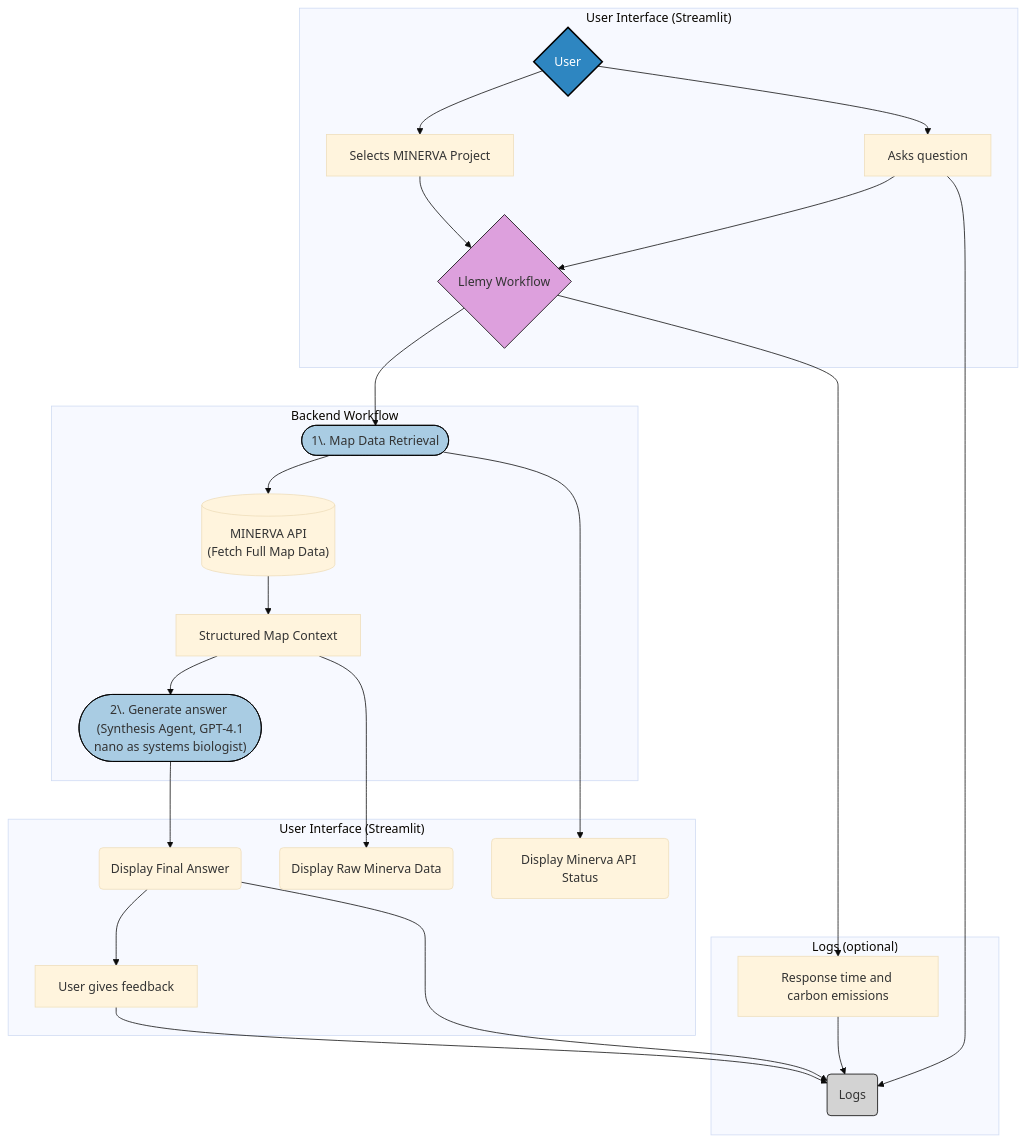
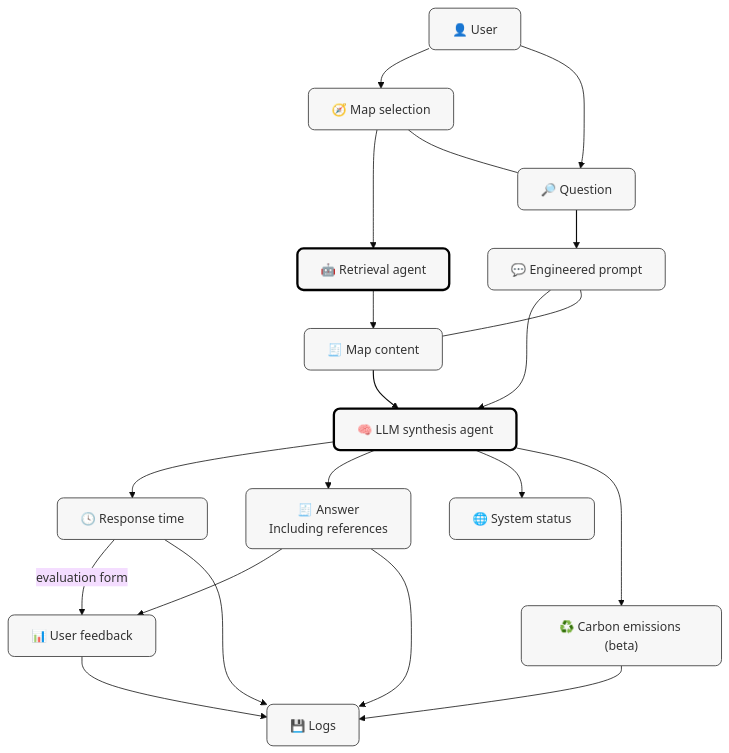
The diagram in README.md (ontox-project/Llemy), drawn with Mermaid (base theme) before and after one commit. The commit also changed other lines of this file, not shown here.

Commit message:
updated mermaid diagram

````diff
--- a/README.md
+++ b/README.md
@@ -15,39 +15,54 @@
 ```mermaid
-graph TD 
-    subgraph "User Interface (Streamlit)"
-        A{User} --> B[Selects MINERVA Project];
-        A{User} --> C[Asks question];
-        B[Selects MINERVA Project] --> D{Llemy Workflow};
-        C[Asks question] --> D{Llemy Workflow};
-    end
+flowchart TB
 
-    subgraph "Backend Workflow"
-        D --> E([1\. Map Data Retrieval]);
-        E --> H[("MINERVA API <br> (Fetch Full Map Data)")];
+%% Nodes
+A["👤 User"]
+B["🧭 Map selection"]
+C["🔎 Question"]
+D["🤖 Retrieval agent"]
+D0["🧾 Map content"]
+C0["💬 Engineered prompt"]
+E["🧠 LLM synthesis agent"]
+F["🕓 Response time"]
+G["🧾 Answer<br/>Including references"]
+H["🌐 System status"]
+I["📊 User feedback"]
+J["♻️ Carbon emissions (beta)"]
+K["💾 Logs"]
 
-        H --> I[Structured Map Context];
 
-        I --> O(["2\. Generate answer <br> (Synthesis Agent, GPT-4.1 nano as systems biologist)"]);
-    end
+%% Flow
+A --> B
+A --> C
+B --> D
+C --> C0
+D --> D0
+C0 --> E
+D0 --> E
+E --> F
+E --> G
+E --> H
+E --> J
+F -- "evaluation form" --> I
+G --> I
+F --> K
+G --> K
+I --> K
+J --> K
 
-    subgraph "User Interface (Streamlit)"
-        O --> P(Display Final Answer);
-        I --> Q(Display Raw Minerva Data);
-        E --> R(Display Minerva API Status);
-        P(Display Final Answer) --> S[User gives feedback];
-    end
+%% Base styling
+classDef default fill:#f7f7f7,stroke:#4a4a4a,stroke-width:1.2px,rx:8,ry:8;
 
-    subgraph "Logs (optional)"
-        D{Llemy Workflow} --> F[Response time and carbon emissions];
-        S[User gives feedback] --> T(Logs);
-        C[Asks question] --> T(Logs);
-        P(Display Final Answer) --> T(Logs);
-        F[Response time and carbon emissions] --> T(Logs);
-    end
+%% Emphasis nodes (thicker border)
+classDef emphasis fill:#f7f7f7,stroke:#000000,stroke-width:3px,rx:8,ry:8;
 
-    style A fill:#2E86C1,stroke:#000,stroke-width:2px,color:#fff
-    style D fill:#DDA0DD,stroke:#000
-    style E fill:#A9CCE3,stroke:#000
-    style O fill:#A9CCE3,stroke:#000
-    style T fill:#D3D3D3,stroke:#000
+class D,E emphasis;
+
+%% Force same-row alignment hints
+B --- C
+C0 --- D0
+
+%% slightly thicker key edges
+linkStyle 3 stroke-width:1.5px
+linkStyle 6 stroke-width:1.5px
 ```
````
